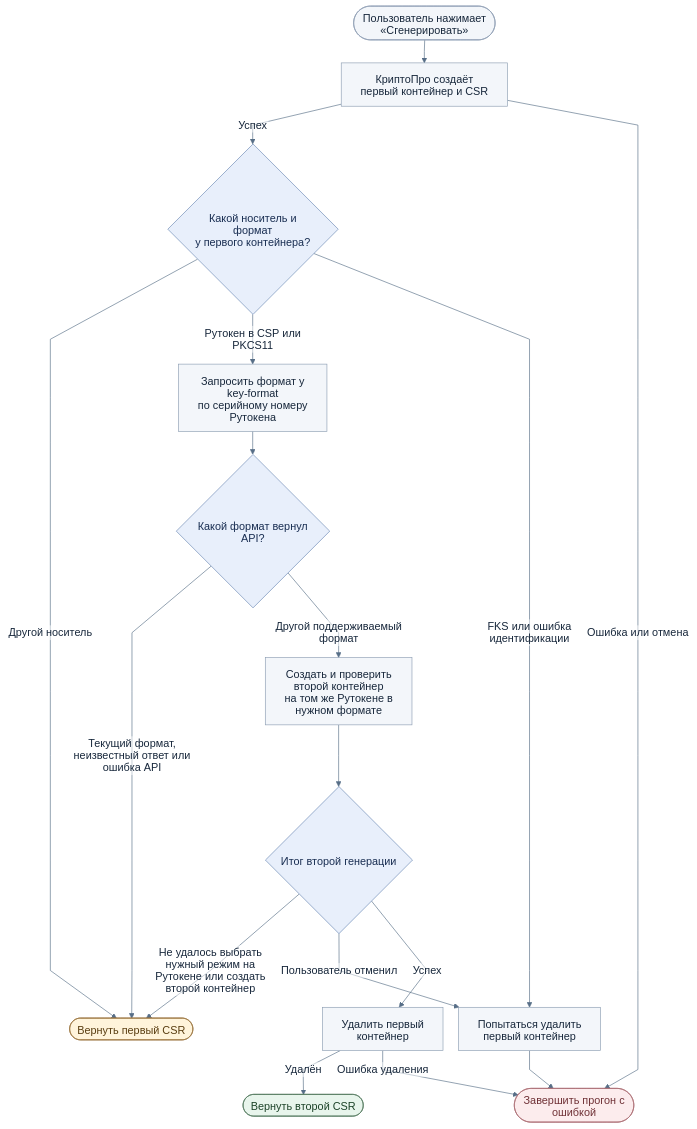
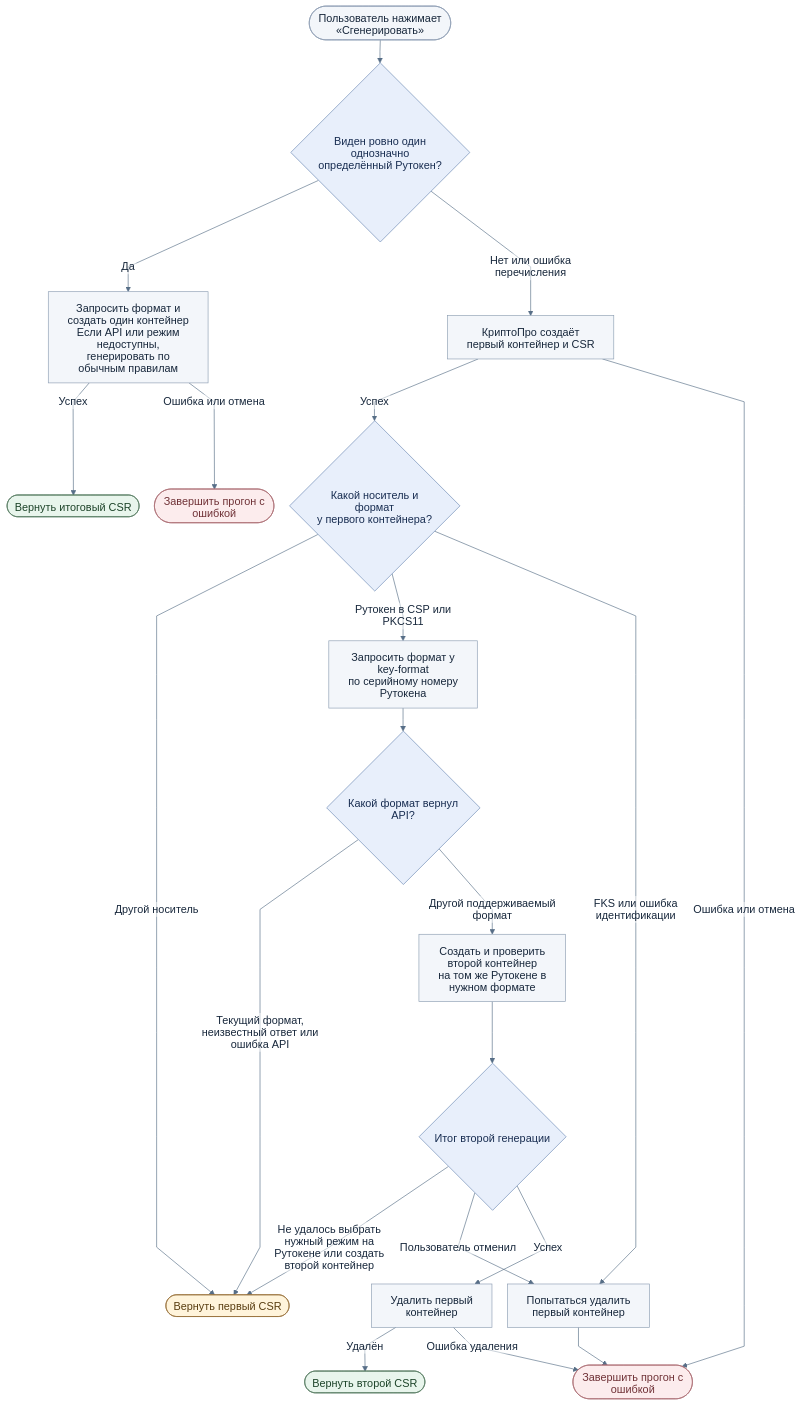
Before and after one commit to psevdomak/crypto-test: the diagram in reissue/reissue-flow.mmd, drawn with Mermaid. The commit also changed 6 other files, not shown here.

```diff
--- a/reissue/reissue-flow.mmd
+++ b/reissue/reissue-flow.mmd
@@ -1,60 +1,68 @@
 ---
 config:
   theme: base
   htmlLabels: false
   themeCSS: |
     text { font-family: system-ui, sans-serif; }
     .background { fill: #fff; }
   themeVariables:
     fontFamily: 'system-ui, sans-serif'
     fontSize: '17px'
     primaryColor: '#f3f6fa'
     primaryTextColor: '#17273b'
     primaryBorderColor: '#8c9db2'
     lineColor: '#576e87'
     edgeLabelBackground: '#ffffff'
   flowchart:
     curve: linear
     nodeSpacing: 24
     rankSpacing: 36
 ---
 flowchart TD
     accTitle: Динамическая генерация ключей
     accDescr: Выбор формата ключа по серийному номеру Рутокена, повторная генерация, фолбэк и очистка контейнеров.
     START([Пользователь нажимает «Сгенерировать»])
+    SINGLE{"Виден ровно один<br/>однозначно определённый Рутокен?"}
+    DIRECT["Запросить формат и создать один контейнер<br/>Если API или режим недоступны,<br/>генерировать по обычным правилам"]
+    DIRECTDONE([Вернуть итоговый CSR])
+    DIRECTFAIL([Завершить прогон с ошибкой])
     FIRST["КриптоПро создаёт первый контейнер и CSR"]
     TOKEN{"Какой носитель и формат<br/>у первого контейнера?"}
     API["Запросить формат у key-format<br/>по серийному номеру Рутокена"]
     FORMAT{"Какой формат вернул API?"}
     SECOND["Создать и проверить второй контейнер<br/>на том же Рутокене в нужном формате"]
     RESULT{"Итог второй генерации"}
     CLEAN["Удалить первый контейнер"]
     KEEP([Вернуть первый CSR])
     DONE([Вернуть второй CSR])
     FAIL([Завершить прогон с ошибкой])
 
-    START --> FIRST
+    START --> SINGLE
+    SINGLE -->|Да| DIRECT
+    SINGLE -->|Нет или ошибка перечисления| FIRST
+    DIRECT -->|Успех| DIRECTDONE
+    DIRECT -->|Ошибка или отмена| DIRECTFAIL
     FIRST -->|Успех| TOKEN
     FIRST -->|Ошибка или отмена| FAIL
     TOKEN -->|Другой носитель| KEEP
     TOKEN -->|Рутокен в CSP или PKCS11| API
     TOKEN -->|FKS или ошибка идентификации| DROP1["Попытаться удалить первый контейнер"] --> FAIL
 
     API --> FORMAT
     FORMAT -->|Текущий формат, неизвестный ответ или ошибка API| KEEP
     FORMAT -->|Другой поддерживаемый формат| SECOND
     SECOND --> RESULT
     RESULT -->|Не удалось выбрать нужный режим на Рутокене или создать второй контейнер| KEEP
     RESULT -->|Пользователь отменил| DROP1
     RESULT -->|Успех| CLEAN
     CLEAN -->|Удалён| DONE
     CLEAN -->|Ошибка удаления| FAIL
 
     classDef choice fill:#e8effb,stroke:#6986b3,color:#182d51
     classDef success fill:#e8f5ec,stroke:#52785d,color:#1c4328
     classDef fallback fill:#fff4db,stroke:#97713a,color:#593d10
     classDef failure fill:#fceced,stroke:#ab6c72,color:#6f3136
-    class TOKEN,FORMAT,RESULT choice
-    class DONE success
+    class TOKEN,FORMAT,RESULT,SINGLE choice
+    class DONE,DIRECTDONE success
     class KEEP fallback
-    class FAIL failure
+    class FAIL,DIRECTFAIL failure
```
